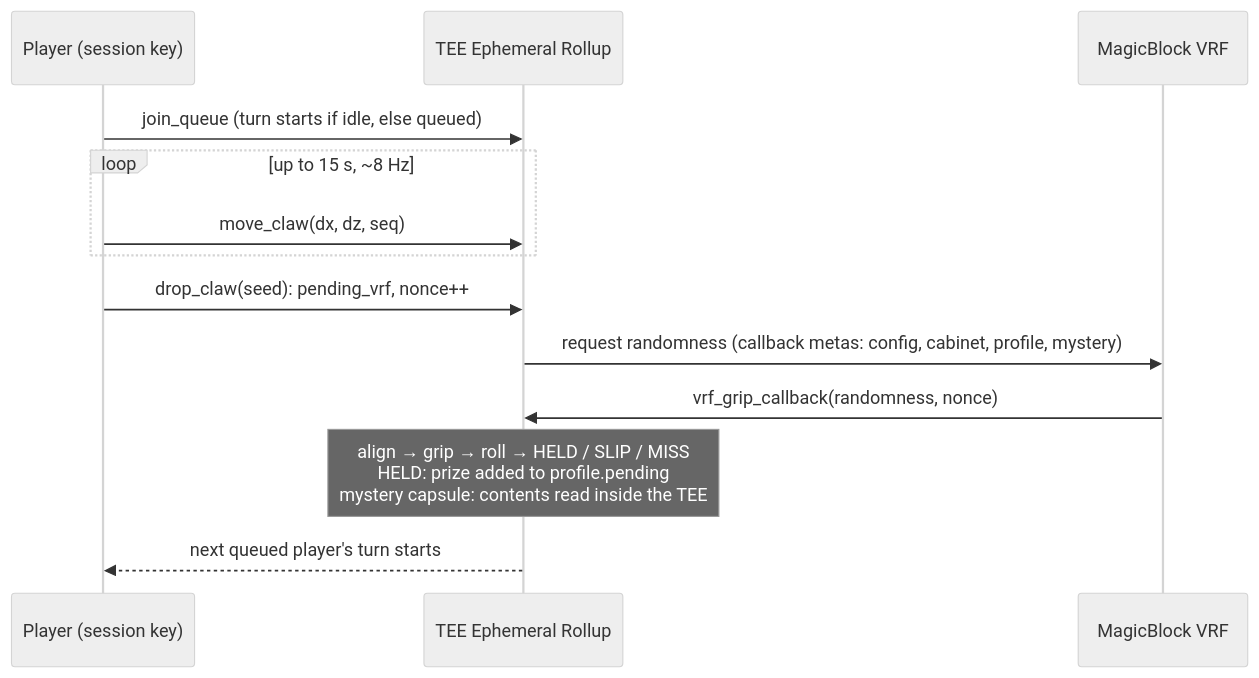
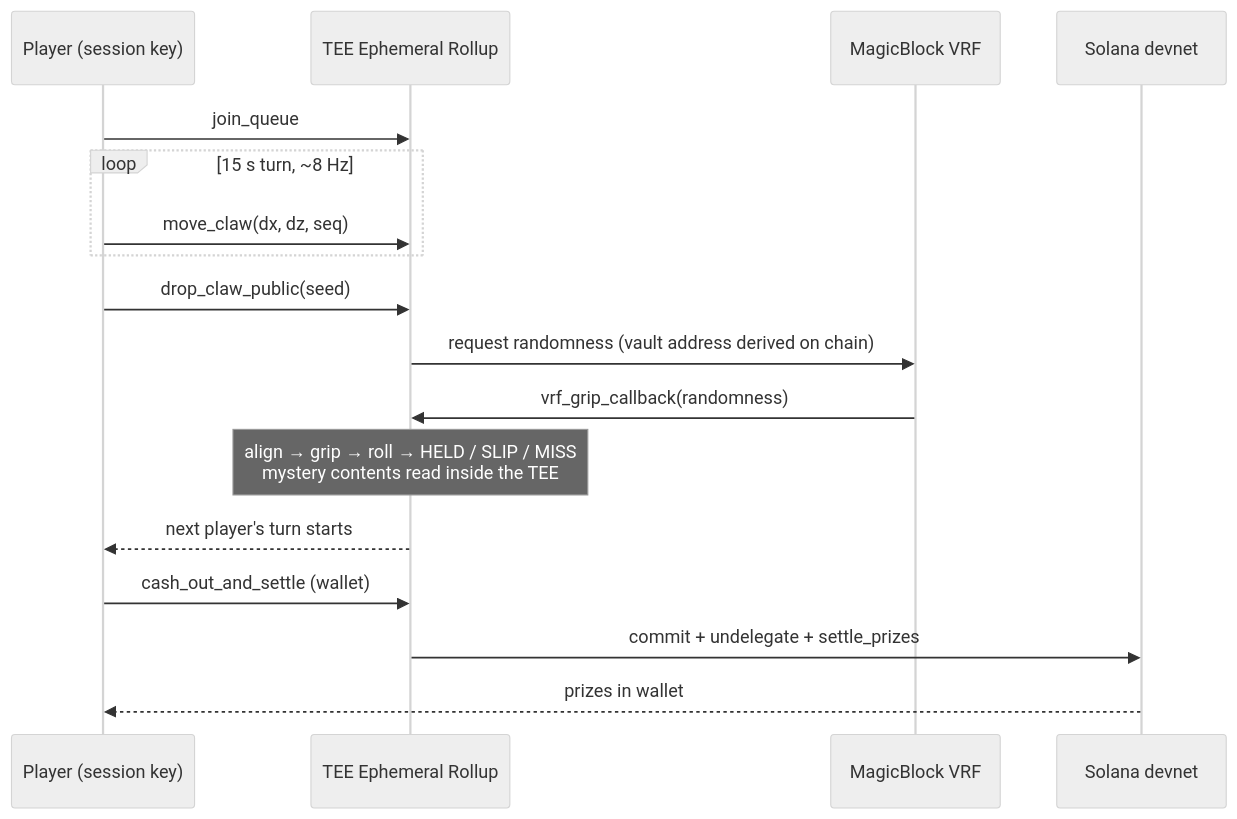
Before and after one commit to LSUDOKO/ClawRush: the second of 2 diagrams in README.md, drawn with Mermaid (neutral theme). The commit also changed other lines of this file, not shown here.

````diff
--- a/README.md
+++ b/README.md
@@ -101,15 +139,19 @@
 ```mermaid
 sequenceDiagram
   participant P as Player (session key)
   participant ER as TEE Ephemeral Rollup
   participant V as MagicBlock VRF
-  P->>ER: join_queue (turn starts if idle, else queued)
-  loop up to 15 s, ~8 Hz
+  participant L1 as Solana devnet
+  P->>ER: join_queue
+  loop 15 s turn, ~8 Hz
     P->>ER: move_claw(dx, dz, seq)
   end
-  P->>ER: drop_claw(seed): pending_vrf, nonce++
-  ER->>V: request randomness (callback metas: config, cabinet, profile, mystery)
-  V->>ER: vrf_grip_callback(randomness, nonce)
-  Note over ER: align → grip → roll → HELD / SLIP / MISS<br/>HELD: prize added to profile.pending<br/>mystery capsule: contents read inside the TEE
-  ER-->>P: next queued player's turn starts
+  P->>ER: drop_claw_public(seed)
+  ER->>V: request randomness (vault address derived on chain)
+  V->>ER: vrf_grip_callback(randomness)
+  Note over ER: align → grip → roll → HELD / SLIP / MISS<br/>mystery contents read inside the TEE
+  ER-->>P: next player's turn starts
+  P->>ER: cash_out_and_settle (wallet)
+  ER->>L1: commit + undelegate + settle_prizes
+  L1-->>P: prizes in wallet
 ```
````
